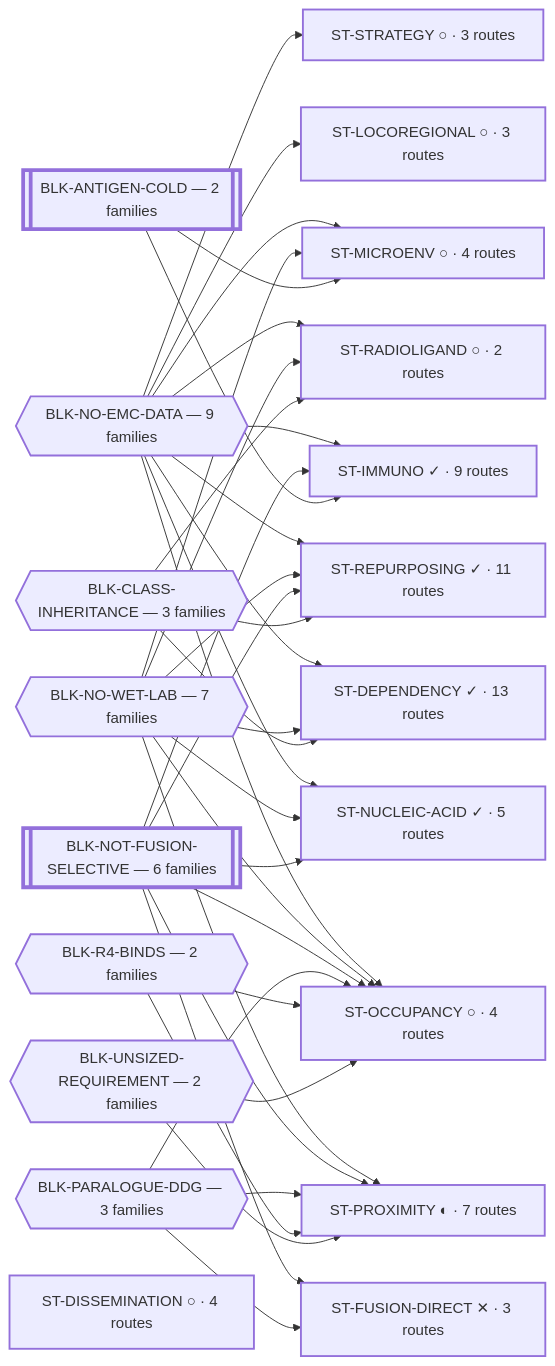
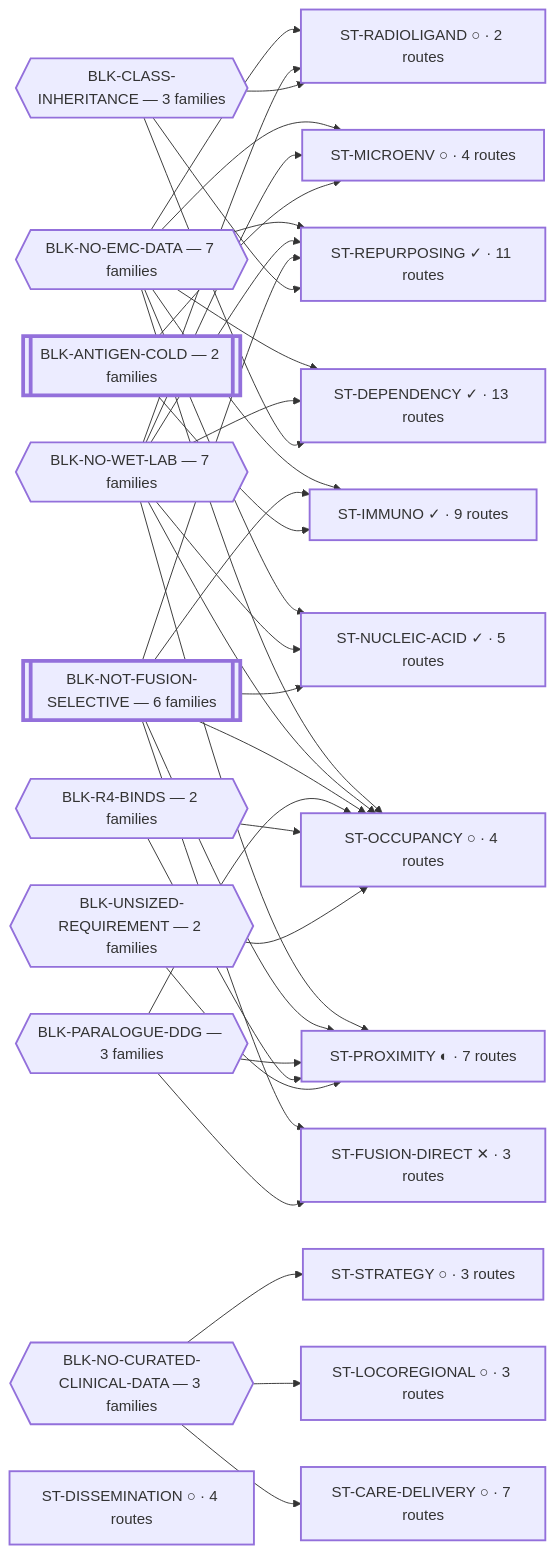
The diagram in systems/views/L0-ecosystem.md (trimcrae/Rare-cancers), drawn with Mermaid before and after one commit. The commit also changed other lines of this file and 41 other files, not shown here.

````diff
--- a/systems/views/L0-ecosystem.md
+++ b/systems/views/L0-ecosystem.md
@@ -33,63 +33,66 @@
 ```mermaid
 flowchart LR
-  BLK_NO_EMC_DATA{{"BLK-NO-EMC-DATA — 9 families"}}:::blk
+  BLK_NO_EMC_DATA{{"BLK-NO-EMC-DATA — 7 families"}}:::blk
   BLK_NO_WET_LAB{{"BLK-NO-WET-LAB — 7 families"}}:::blk
   BLK_NOT_FUSION_SELECTIVE[["BLK-NOT-FUSION-SELECTIVE — 6 families"]]:::perm
   BLK_CLASS_INHERITANCE{{"BLK-CLASS-INHERITANCE — 3 families"}}:::blk
+  BLK_NO_CURATED_CLINICAL_DATA{{"BLK-NO-CURATED-CLINICAL-DATA — 3 families"}}:::blk
   BLK_PARALOGUE_DDG{{"BLK-PARALOGUE-DDG — 3 families"}}:::blk
   BLK_ANTIGEN_COLD[["BLK-ANTIGEN-COLD — 2 families"]]:::perm
   BLK_R4_BINDS{{"BLK-R4-BINDS — 2 families"}}:::blk
   BLK_UNSIZED_REQUIREMENT{{"BLK-UNSIZED-REQUIREMENT — 2 families"}}:::blk
 
   ST_DEPENDENCY["ST-DEPENDENCY ✓ · 13 routes"]:::fam
   ST_REPURPOSING["ST-REPURPOSING ✓ · 11 routes"]:::fam
   ST_IMMUNO["ST-IMMUNO ✓ · 9 routes"]:::fam
+  ST_CARE_DELIVERY["ST-CARE-DELIVERY ○ · 7 routes"]:::fam
   ST_PROXIMITY["ST-PROXIMITY ◐ · 7 routes"]:::fam
   ST_NUCLEIC_ACID["ST-NUCLEIC-ACID ✓ · 5 routes"]:::fam
   ST_DISSEMINATION["ST-DISSEMINATION ○ · 4 routes"]:::fam
   ST_MICROENV["ST-MICROENV ○ · 4 routes"]:::fam
   ST_OCCUPANCY["ST-OCCUPANCY ○ · 4 routes"]:::fam
   ST_FUSION_DIRECT["ST-FUSION-DIRECT ✕ · 3 routes"]:::fam
   ST_LOCOREGIONAL["ST-LOCOREGIONAL ○ · 3 routes"]:::fam
   ST_STRATEGY["ST-STRATEGY ○ · 3 routes"]:::fam
   ST_RADIOLIGAND["ST-RADIOLIGAND ○ · 2 routes"]:::fam
 
   BLK_NO_EMC_DATA --> ST_DEPENDENCY
   BLK_NO_EMC_DATA --> ST_IMMUNO
-  BLK_NO_EMC_DATA --> ST_LOCOREGIONAL
   BLK_NO_EMC_DATA --> ST_MICROENV
   BLK_NO_EMC_DATA --> ST_NUCLEIC_ACID
   BLK_NO_EMC_DATA --> ST_OCCUPANCY
   BLK_NO_EMC_DATA --> ST_RADIOLIGAND
   BLK_NO_EMC_DATA --> ST_REPURPOSING
-  BLK_NO_EMC_DATA --> ST_STRATEGY
   BLK_NO_WET_LAB --> ST_DEPENDENCY
   BLK_NO_WET_LAB --> ST_MICROENV
   BLK_NO_WET_LAB --> ST_NUCLEIC_ACID
   BLK_NO_WET_LAB --> ST_OCCUPANCY
   BLK_NO_WET_LAB --> ST_PROXIMITY
   BLK_NO_WET_LAB --> ST_RADIOLIGAND
   BLK_NO_WET_LAB --> ST_REPURPOSING
   BLK_NOT_FUSION_SELECTIVE --> ST_FUSION_DIRECT
   BLK_NOT_FUSION_SELECTIVE --> ST_IMMUNO
   BLK_NOT_FUSION_SELECTIVE --> ST_NUCLEIC_ACID
   BLK_NOT_FUSION_SELECTIVE --> ST_OCCUPANCY
   BLK_NOT_FUSION_SELECTIVE --> ST_PROXIMITY
   BLK_NOT_FUSION_SELECTIVE --> ST_REPURPOSING
   BLK_CLASS_INHERITANCE --> ST_DEPENDENCY
   BLK_CLASS_INHERITANCE --> ST_RADIOLIGAND
   BLK_CLASS_INHERITANCE --> ST_REPURPOSING
+  BLK_NO_CURATED_CLINICAL_DATA --> ST_CARE_DELIVERY
+  BLK_NO_CURATED_CLINICAL_DATA --> ST_LOCOREGIONAL
+  BLK_NO_CURATED_CLINICAL_DATA --> ST_STRATEGY
   BLK_PARALOGUE_DDG --> ST_FUSION_DIRECT
   BLK_PARALOGUE_DDG --> ST_OCCUPANCY
   BLK_PARALOGUE_DDG --> ST_PROXIMITY
   BLK_ANTIGEN_COLD --> ST_IMMUNO
   BLK_ANTIGEN_COLD --> ST_MICROENV
   BLK_R4_BINDS --> ST_OCCUPANCY
   BLK_R4_BINDS --> ST_PROXIMITY
   BLK_UNSIZED_REQUIREMENT --> ST_OCCUPANCY
   BLK_UNSIZED_REQUIREMENT --> ST_PROXIMITY
   classDef fam stroke-width:2px;
   classDef blk stroke-width:2px;
   classDef perm stroke-width:4px;
   classDef tech stroke-width:1px,stroke-dasharray:4 3;
 ```
````
